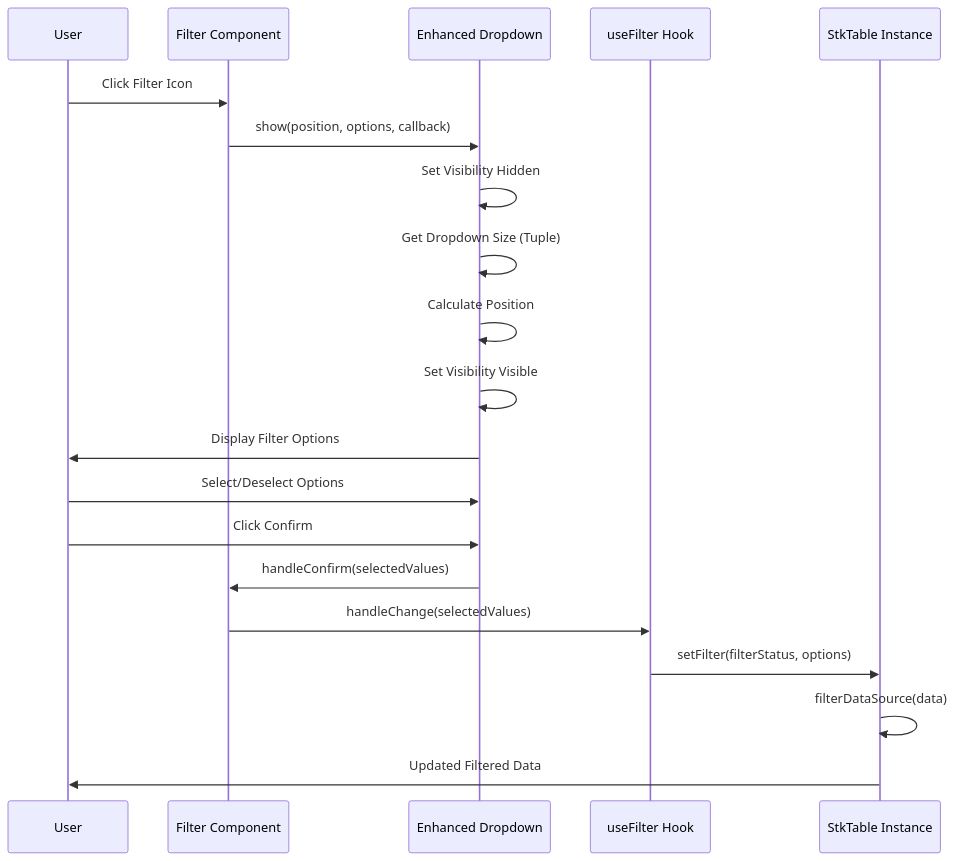
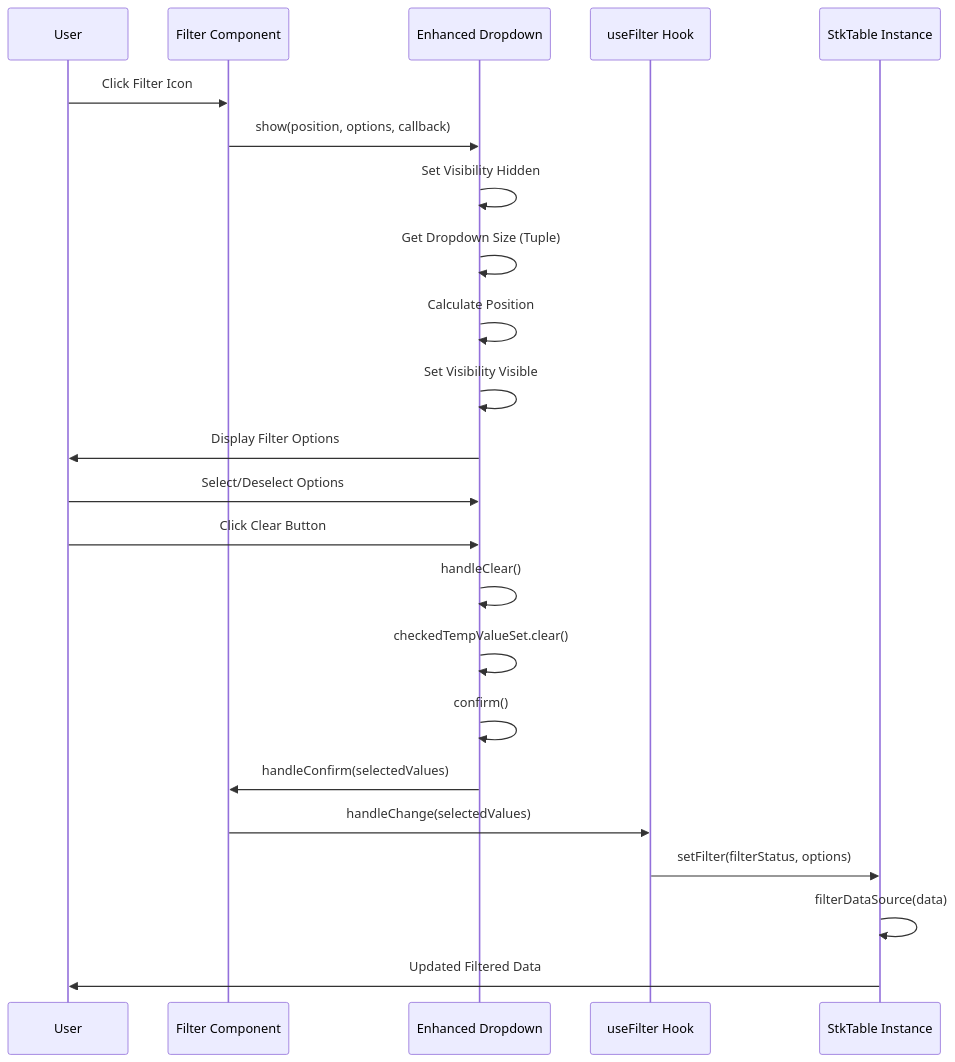
The eighth of 10 diagrams in .qoder/repowiki/en/content/Basic Features/Filter System.md (ja-plus/stk-table-vue), drawn with Mermaid before and after one commit. The commit also changed other lines of this file and 2 other files, not shown here.

````diff
--- a/.qoder/repowiki/en/content/Basic Features/Filter System.md
+++ b/.qoder/repowiki/en/content/Basic Features/Filter System.md
@@ -319,22 +319,25 @@
 ```mermaid
 sequenceDiagram
 participant User as User
 participant FilterUI as Filter Component
 participant Dropdown as Enhanced Dropdown
 participant Hook as useFilter Hook
 participant StkTable as StkTable Instance
 User->>FilterUI : Click Filter Icon
 FilterUI->>Dropdown : show(position, options, callback)
 Dropdown->>Dropdown : Set Visibility Hidden
 Dropdown->>Dropdown : Get Dropdown Size (Tuple)
 Dropdown->>Dropdown : Calculate Position
 Dropdown->>Dropdown : Set Visibility Visible
 Dropdown->>User : Display Filter Options
 User->>Dropdown : Select/Deselect Options
-User->>Dropdown : Click Confirm
+User->>Dropdown : Click Clear Button
+Dropdown->>Dropdown : handleClear()
+Dropdown->>Dropdown : checkedTempValueSet.clear()
+Dropdown->>Dropdown : confirm()
 Dropdown->>FilterUI : handleConfirm(selectedValues)
 FilterUI->>Hook : handleChange(selectedValues)
 Hook->>StkTable : setFilter(filterStatus, options)
 StkTable->>StkTable : filterDataSource(data)
 StkTable->>User : Updated Filtered Data
 ```
````
